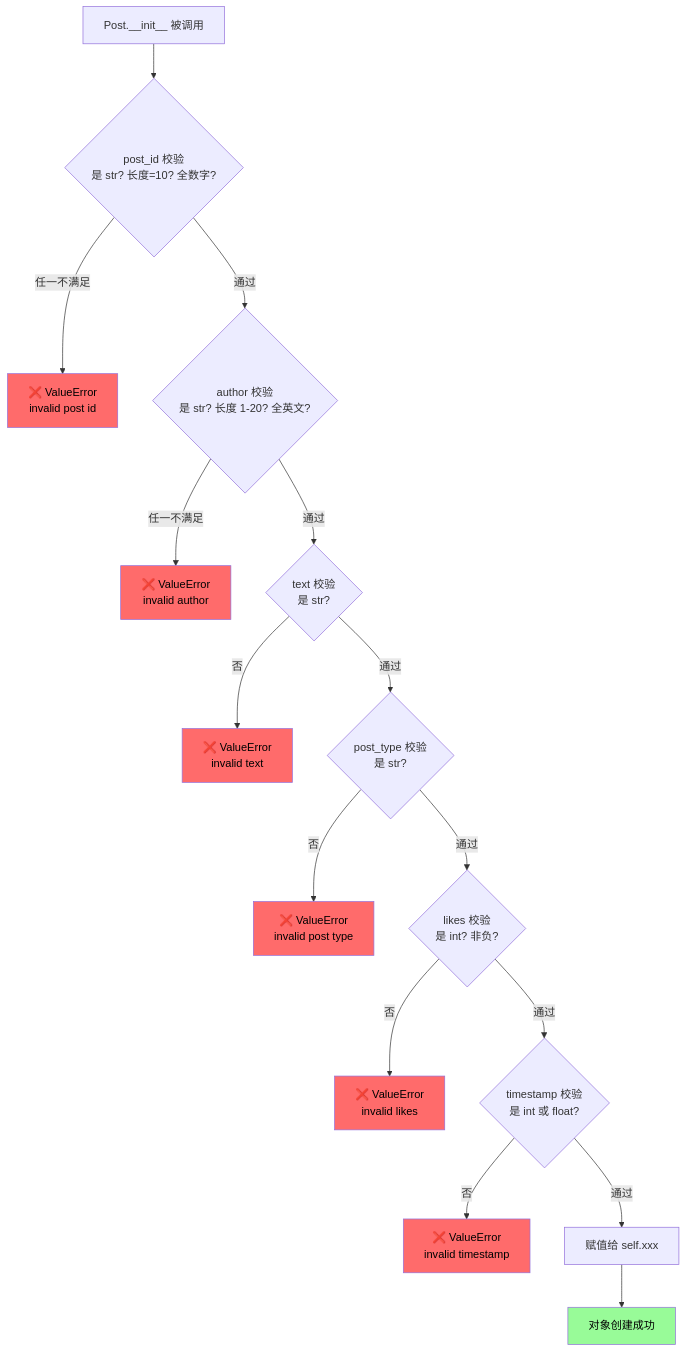
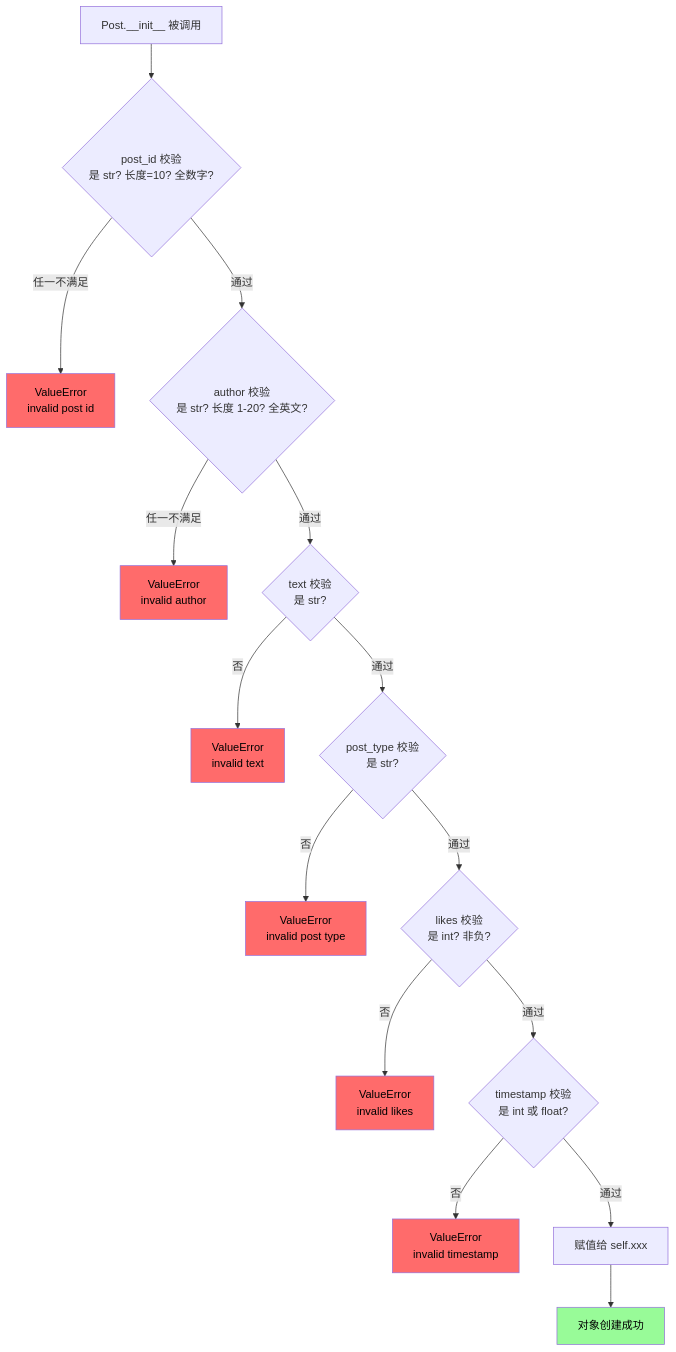
Before and after one commit to Takalahiro/obsidian-vault: the eighth of 16 diagrams in INFO1110/assessment/INFO 1110 ADVANCE ASSESSMENT.md, drawn with Mermaid. The commit also changed other lines of this file and 37 other files, not shown here.

````diff
--- a/INFO1110/assessment/INFO 1110 ADVANCE ASSESSMENT.md
+++ b/INFO1110/assessment/INFO 1110 ADVANCE ASSESSMENT.md
@@ -268,25 +268,25 @@
 ```mermaid
 flowchart TD
-    A[" Post.__init__ 被调用"] --> B{"post_id 校验<br/>是 str? 长度=10? 全数字?"}
-    B -->|任一不满足| B1["❌ ValueError<br/>invalid post id"]
-    B -->|通过| C{"author 校验<br/>是 str? 长度 1-20? 全英文?"}
-    C -->|任一不满足| C1["❌ ValueError<br/>invalid author"]
-    C -->|通过| D{"text 校验<br/>是 str?"}
-    D -->|否| D1["❌ ValueError<br/>invalid text"]
-    D -->|通过| E{"post_type 校验<br/>是 str?"}
-    E -->|否| E1["❌ ValueError<br/>invalid post type"]
-    E -->|通过| F{"likes 校验<br/>是 int? 非负?"}
-    F -->|否| F1["❌ ValueError<br/>invalid likes"]
-    F -->|通过| G{"timestamp 校验<br/>是 int 或 float?"}
-    G -->|否| G1["❌ ValueError<br/>invalid timestamp"]
-    G -->|通过| H["赋值给 self.xxx"]
-    H --> I["对象创建成功"]
+ A[" Post.__init__ 被调用"] --> B{"post_id 校验<br/>是 str? 长度=10? 全数字?"}
+ B -->|任一不满足| B1[" ValueError<br/>invalid post id"]
+ B -->|通过| C{"author 校验<br/>是 str? 长度 1-20? 全英文?"}
+ C -->|任一不满足| C1[" ValueError<br/>invalid author"]
+ C -->|通过| D{"text 校验<br/>是 str?"}
+ D -->|否| D1[" ValueError<br/>invalid text"]
+ D -->|通过| E{"post_type 校验<br/>是 str?"}
+ E -->|否| E1[" ValueError<br/>invalid post type"]
+ E -->|通过| F{"likes 校验<br/>是 int? 非负?"}
+ F -->|否| F1[" ValueError<br/>invalid likes"]
+ F -->|通过| G{"timestamp 校验<br/>是 int 或 float?"}
+ G -->|否| G1[" ValueError<br/>invalid timestamp"]
+ G -->|通过| H["赋值给 self.xxx"]
+ H --> I["对象创建成功"]
 
-    style B1 fill:#FF6B6B,color:#000
-    style C1 fill:#FF6B6B,color:#000
-    style D1 fill:#FF6B6B,color:#000
-    style E1 fill:#FF6B6B,color:#000
-    style F1 fill:#FF6B6B,color:#000
-    style G1 fill:#FF6B6B,color:#000
-    style I fill:#98FB98,color:#000
+ style B1 fill:#FF6B6B,color:#000
+ style C1 fill:#FF6B6B,color:#000
+ style D1 fill:#FF6B6B,color:#000
+ style E1 fill:#FF6B6B,color:#000
+ style F1 fill:#FF6B6B,color:#000
+ style G1 fill:#FF6B6B,color:#000
+ style I fill:#98FB98,color:#000
 ```
````
